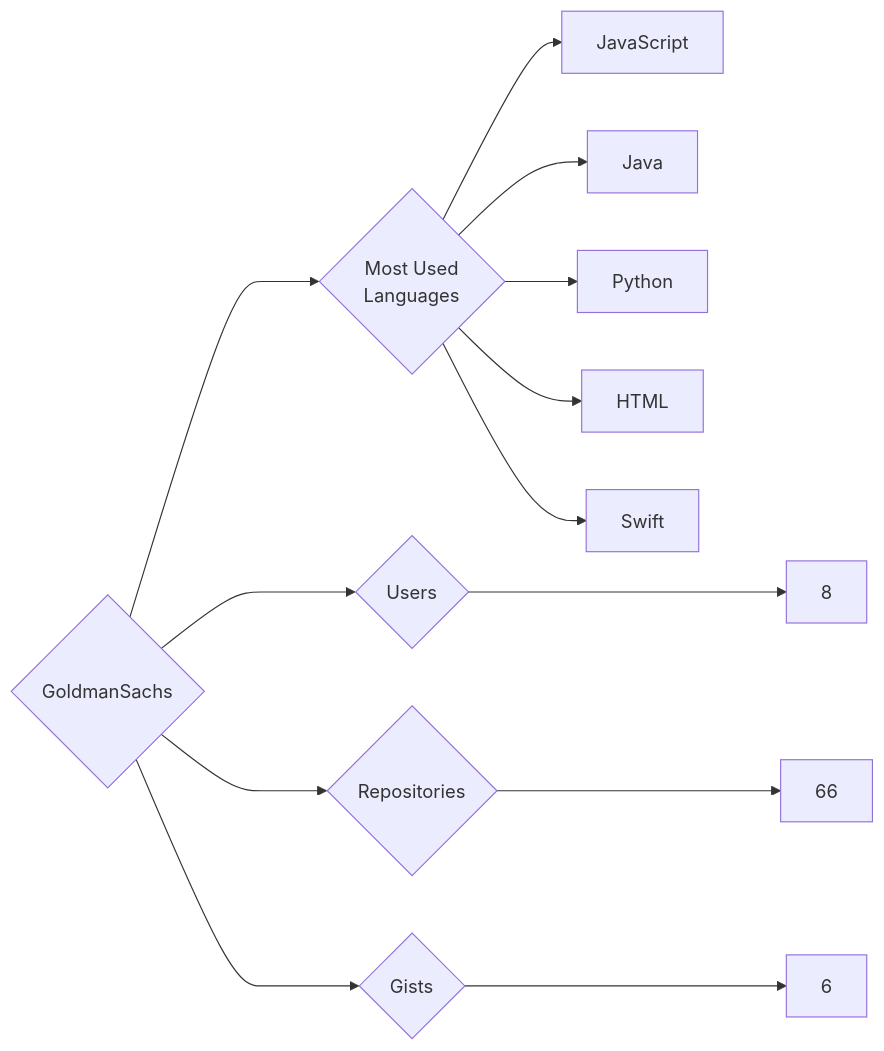
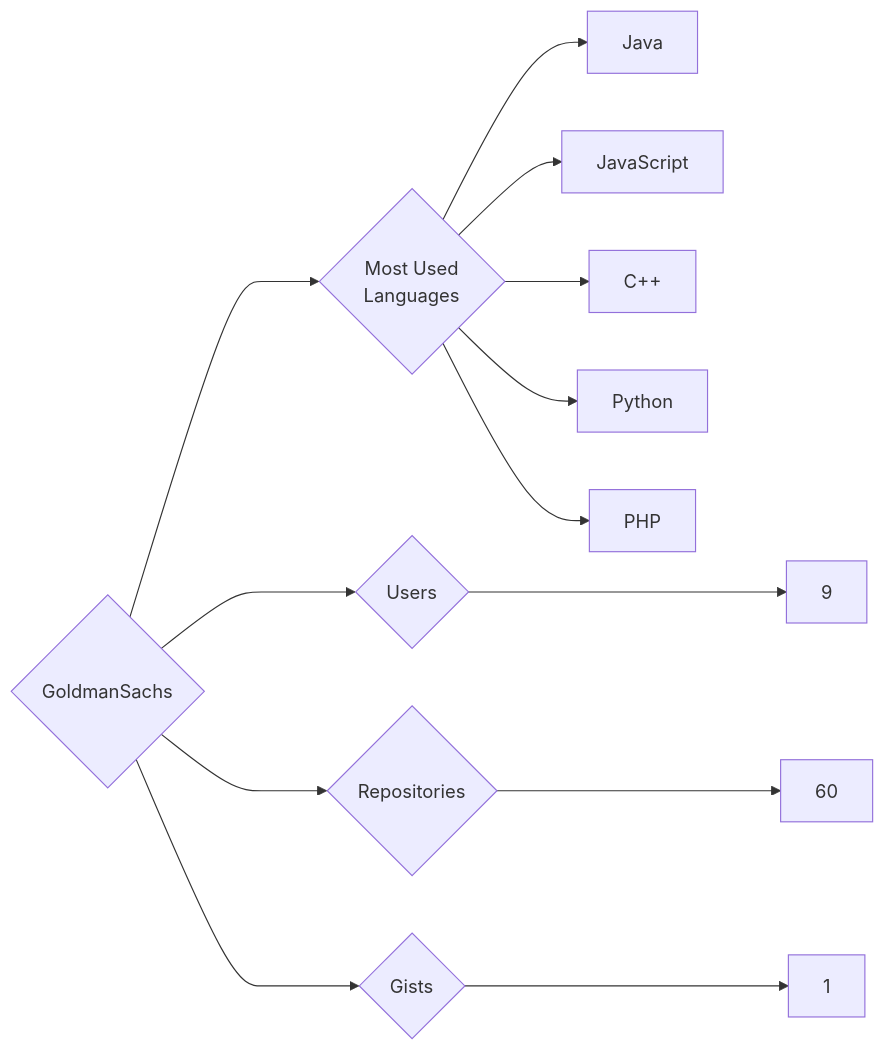
One commit to trickest/insiders changed the diagram in targets/GoldmanSachs/README.md. Above: the diagram before and after it, drawn with Mermaid. The commit also changed 1148 other files, not shown here.

````diff
--- a/targets/GoldmanSachs/README.md
+++ b/targets/GoldmanSachs/README.md
@@ -3,13 +3,13 @@
 ```mermaid
 graph LR
 COMPANY_NAME{GoldmanSachs}
-COMPANY_NAME ---> U{Users} ---> UN[8]
-COMPANY_NAME ---> R{Repositories} ---> RN[66]
-COMPANY_NAME ---> G{Gists} ---> GN[6]
+COMPANY_NAME ---> U{Users} ---> UN[9]
+COMPANY_NAME ---> R{Repositories} ---> RN[60]
+COMPANY_NAME ---> G{Gists} ---> GN[1]
 COMPANY_NAME ---> ML{Most Used<br>Languages}
+ML --> Java[Java]
 ML --> JavaScript[JavaScript]
-ML --> Java[Java]
+ML --> C++[C++]
 ML --> Python[Python]
-ML --> HTML[HTML]
-ML --> Swift[Swift]
+ML --> PHP[PHP]
 ```
````
